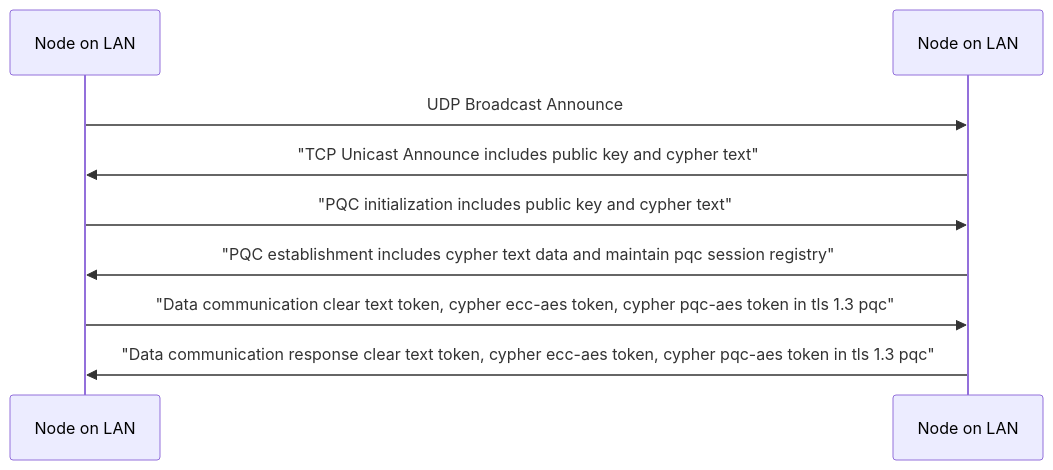
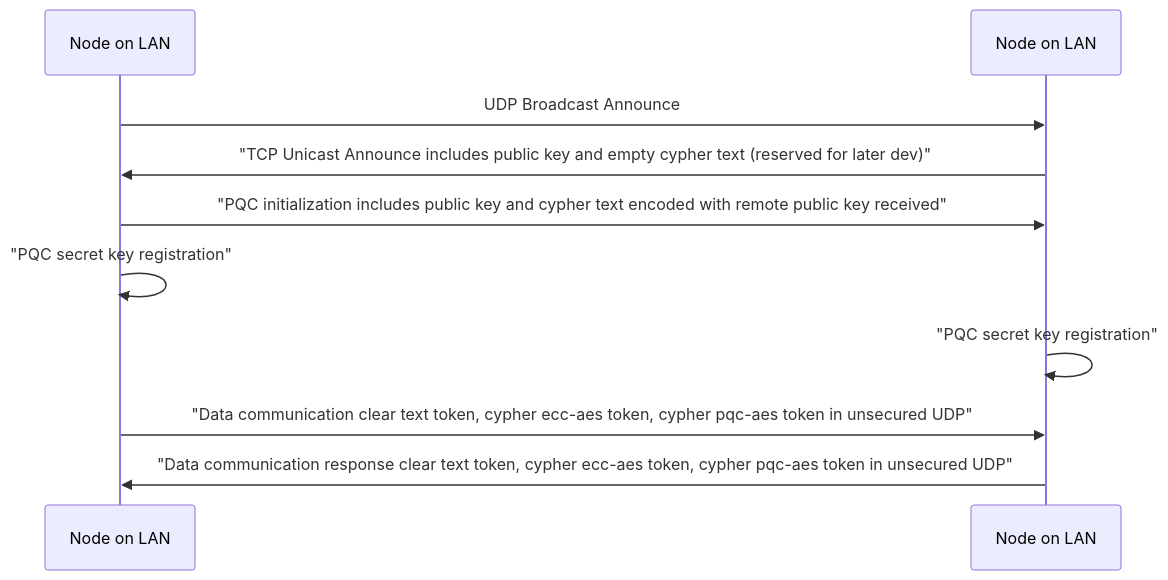
The second of 4 diagrams in key-exchange.md (packetqc/MPLIB), drawn with Mermaid before and after one commit.

````diff
--- a/key-exchange.md
+++ b/key-exchange.md
@@ -34,11 +34,12 @@
 ```mermaid  
   sequenceDiagram  
   participant N1 as Node on LAN  
   participant N2 as Node on LAN  
   N1->>N2: UDP Broadcast Announce  
-  N2->>N1: "TCP Unicast Announce includes public key and cypher text"  
-  N1->>N2: "PQC initialization includes public key and cypher text"  
-  N2->>N1: "PQC establishment includes cypher text data and maintain pqc session registry"  
-  N1->>N2: "Data communication clear text token, cypher ecc-aes token, cypher pqc-aes token in tls 1.3 pqc"  
-  N2->>N1: "Data communication response clear text token, cypher ecc-aes token, cypher pqc-aes token in tls 1.3 pqc"  
+  N2->>N1: "TCP Unicast Announce includes public key and empty cypher text (reserved for later dev)"  
+  N1->>N2: "PQC initialization includes public key and cypher text encoded with remote public key received"  
+  N1->>N1: "PQC secret key registration"
+  N2->>N2: "PQC secret key registration"
+  N1->>N2: "Data communication clear text token, cypher ecc-aes token, cypher pqc-aes token in unsecured UDP"  
+  N2->>N1: "Data communication response clear text token, cypher ecc-aes token, cypher pqc-aes token in unsecured UDP"  
 ```
````
